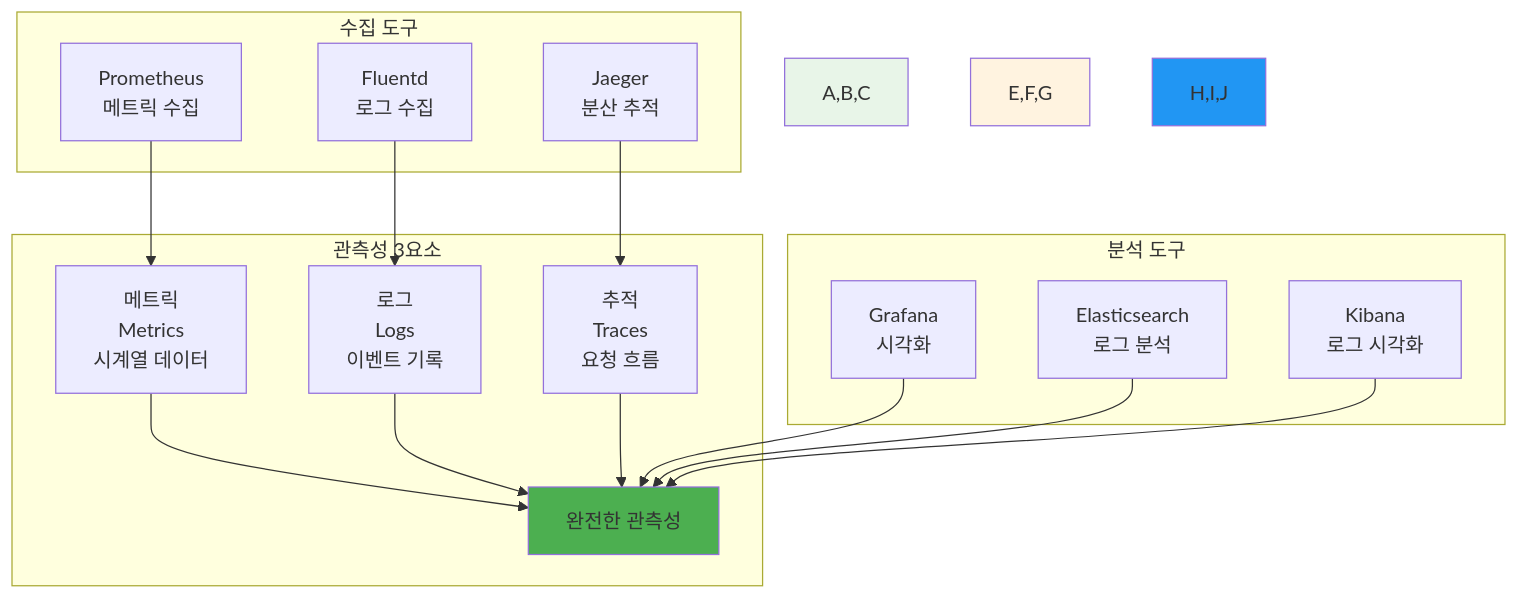
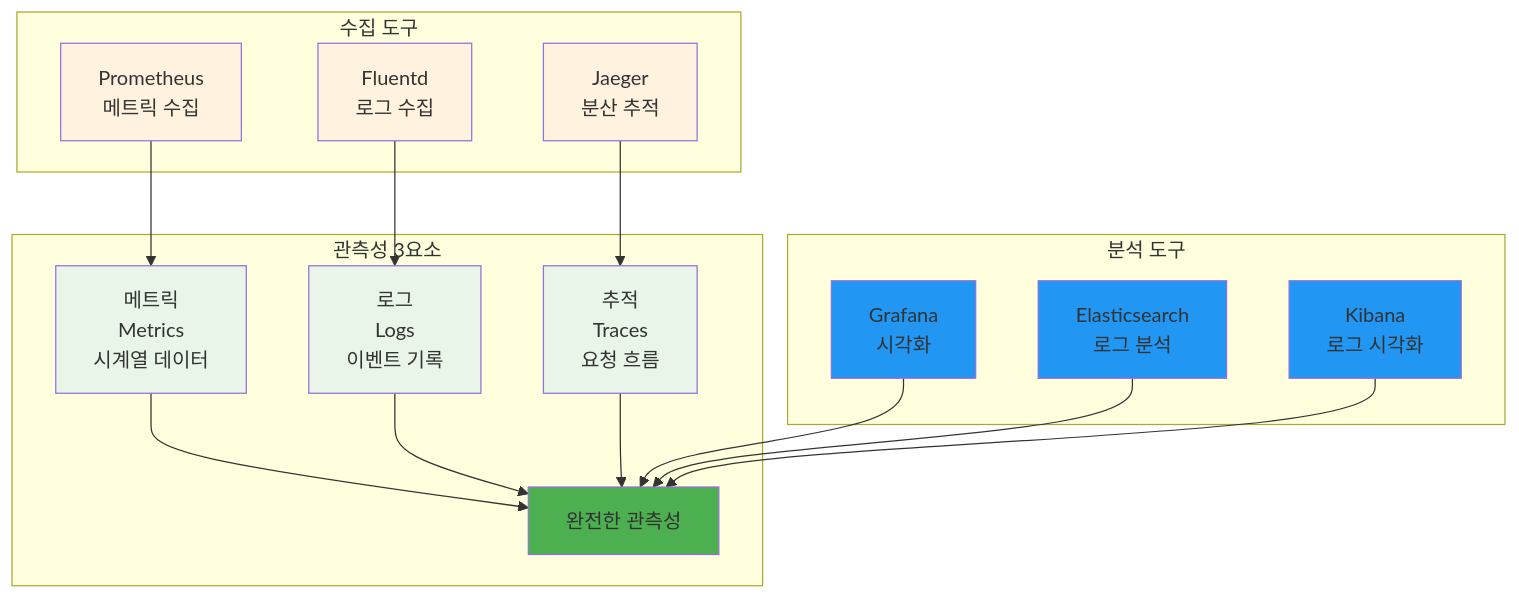
One commit to niceguy61/kdt_devops_lecture_2025 changed the seventh of 10 diagrams in theory/week_02/day3/README_corrected.md. Above: the diagram before and after it, drawn with Mermaid. The commit also changed other lines of this file and 63 other files, not shown here.

````diff
--- a/theory/week_02/day3/README_corrected.md
+++ b/theory/week_02/day3/README_corrected.md
@@ -393,25 +408,31 @@
 ```mermaid
 graph TB
     subgraph "관측성 3요소"
         A[메트릭<br/>Metrics<br/>시계열 데이터] --> D[완전한 관측성]
         B[로그<br/>Logs<br/>이벤트 기록] --> D
         C[추적<br/>Traces<br/>요청 흐름] --> D
     end
     
     subgraph "수집 도구"
         E[Prometheus<br/>메트릭 수집] --> A
         F[Fluentd<br/>로그 수집] --> B
         G[Jaeger<br/>분산 추적] --> C
     end
     
     subgraph "분석 도구"
         H[Grafana<br/>시각화] --> D
         I[Elasticsearch<br/>로그 분석] --> D
         J[Kibana<br/>로그 시각화] --> D
     end
     
-    style A,B,C fill:#e8f5e8
+    style A fill:#e8f5e8
+    style B fill:#e8f5e8
+    style C fill:#e8f5e8
     style D fill:#4caf50
-    style E,F,G fill:#fff3e0
-    style H,I,J fill:#2196f3
+    style E fill:#fff3e0
+    style F fill:#fff3e0
+    style G fill:#fff3e0
+    style H fill:#2196f3
+    style I fill:#2196f3
+    style J fill:#2196f3
 ```
````
